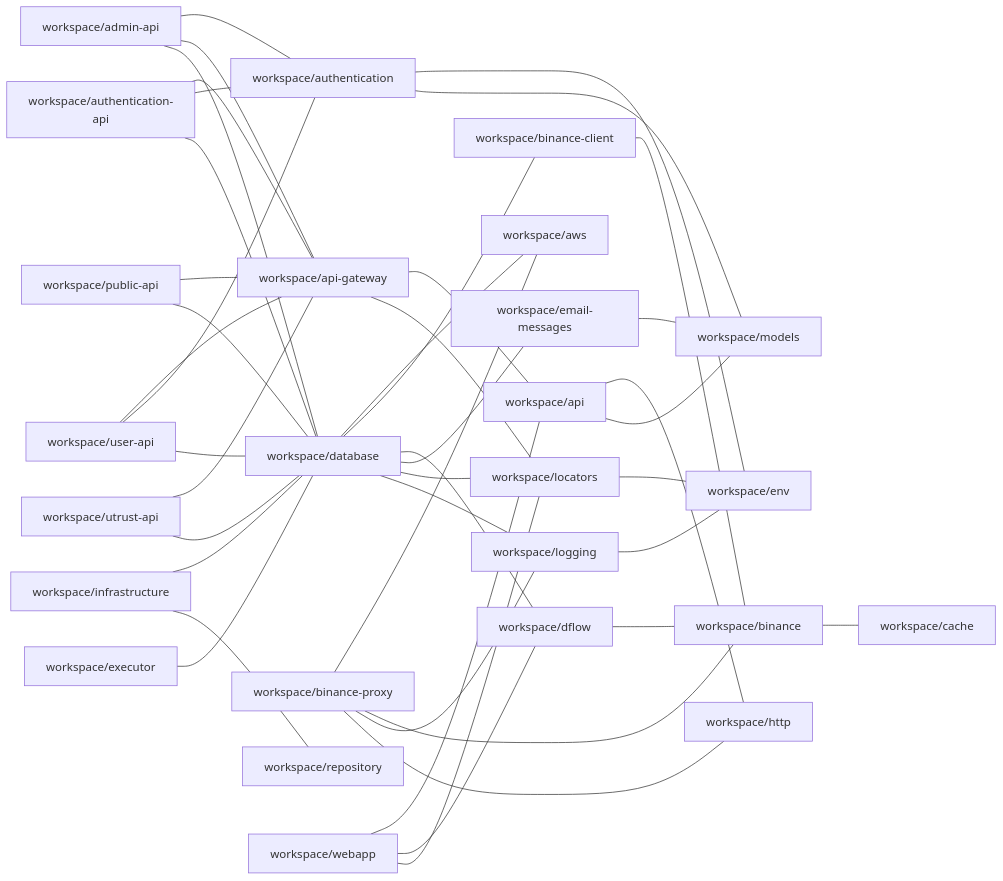
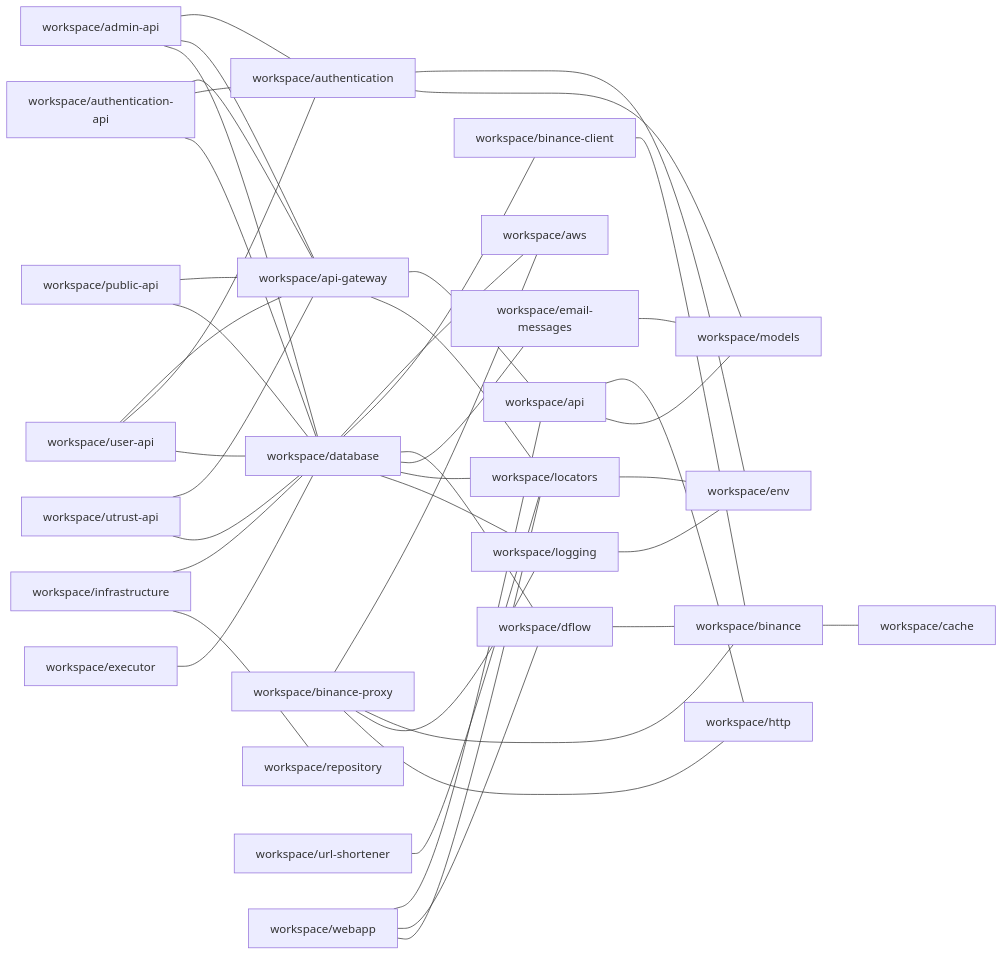
Before and after one commit to ggbot-org/ggbot: the diagram in docs/npm-dependencies.md, drawn with Mermaid. The commit also changed 11 other files, not shown here.

````diff
--- a/docs/npm-dependencies.md
+++ b/docs/npm-dependencies.md
@@ -5,44 +5,45 @@
 ```mermaid
 graph LR
     workspace/admin-api --- workspace/authentication
     workspace/admin-api --- workspace/api-gateway
     workspace/admin-api --- workspace/database
     workspace/api --- workspace/http
     workspace/api --- workspace/models
     workspace/api-gateway --- workspace/api
     workspace/api-gateway --- workspace/locators
     workspace/authentication --- workspace/env
     workspace/authentication --- workspace/models
     workspace/authentication-api --- workspace/api-gateway
     workspace/authentication-api --- workspace/authentication
     workspace/authentication-api --- workspace/database
     workspace/binance --- workspace/cache
     workspace/binance-client --- workspace/binance
     workspace/binance-proxy --- workspace/aws
     workspace/binance-proxy --- workspace/binance
     workspace/binance-proxy --- workspace/logging
     workspace/binance-proxy --- workspace/http
     workspace/database --- workspace/aws
     workspace/database --- workspace/binance-client
     workspace/database --- workspace/dflow
     workspace/database --- workspace/email-messages
     workspace/database --- workspace/locators
     workspace/database --- workspace/logging
     workspace/dflow --- workspace/binance
     workspace/email-messages --- workspace/models
     workspace/executor --- workspace/database
     workspace/infrastructure --- workspace/database
     workspace/infrastructure --- workspace/repository
     workspace/locators --- workspace/env
     workspace/logging --- workspace/env
     workspace/public-api --- workspace/api-gateway
     workspace/public-api --- workspace/database
+    workspace/url-shortener --- workspace/locators
     workspace/user-api --- workspace/api-gateway
     workspace/user-api --- workspace/authentication
     workspace/user-api --- workspace/database
     workspace/utrust-api --- workspace/api-gateway
     workspace/utrust-api --- workspace/database
     workspace/webapp --- workspace/api
     workspace/webapp --- workspace/dflow
     workspace/webapp --- workspace/locators
 ```
````
